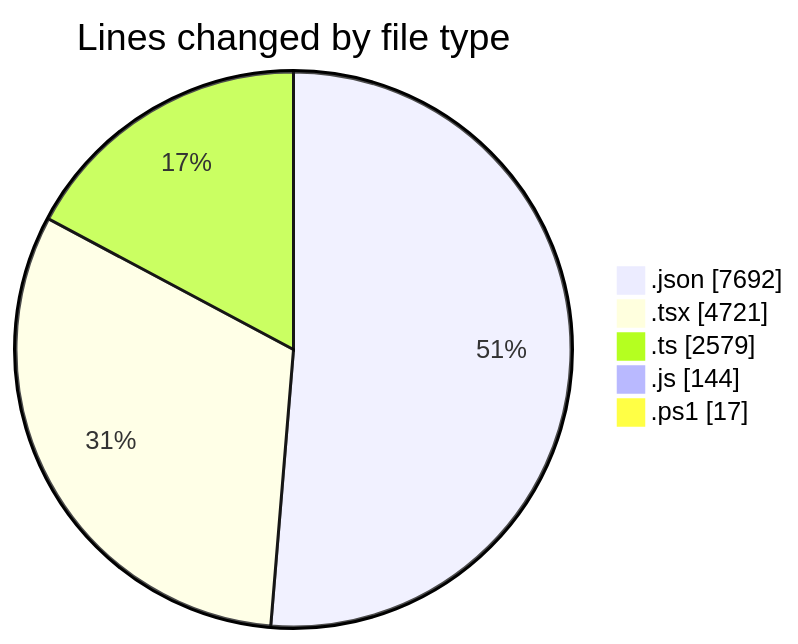
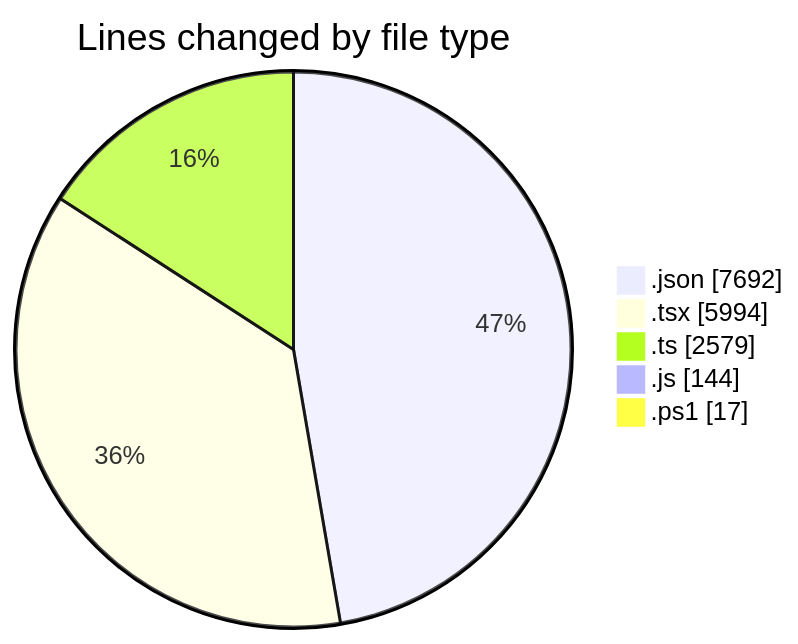
Before and after one commit to CELIANVF/code-tracking: the first of 2 diagrams in 2025-06-10/ecodeli-1/README.md, drawn with Mermaid. The commit also changed other lines of this file and 1 other file, not shown here.

````diff
--- a/2025-06-10/ecodeli-1/README.md
+++ b/2025-06-10/ecodeli-1/README.md
@@ -44,9 +46,9 @@
 ```mermaid
 pie showData
 title Lines changed by file type
 ".json" : 7692
-".tsx" : 4721
+".tsx" : 5994
 ".ts" : 2579
 ".js" : 144
 ".ps1" : 17
 ```
````
